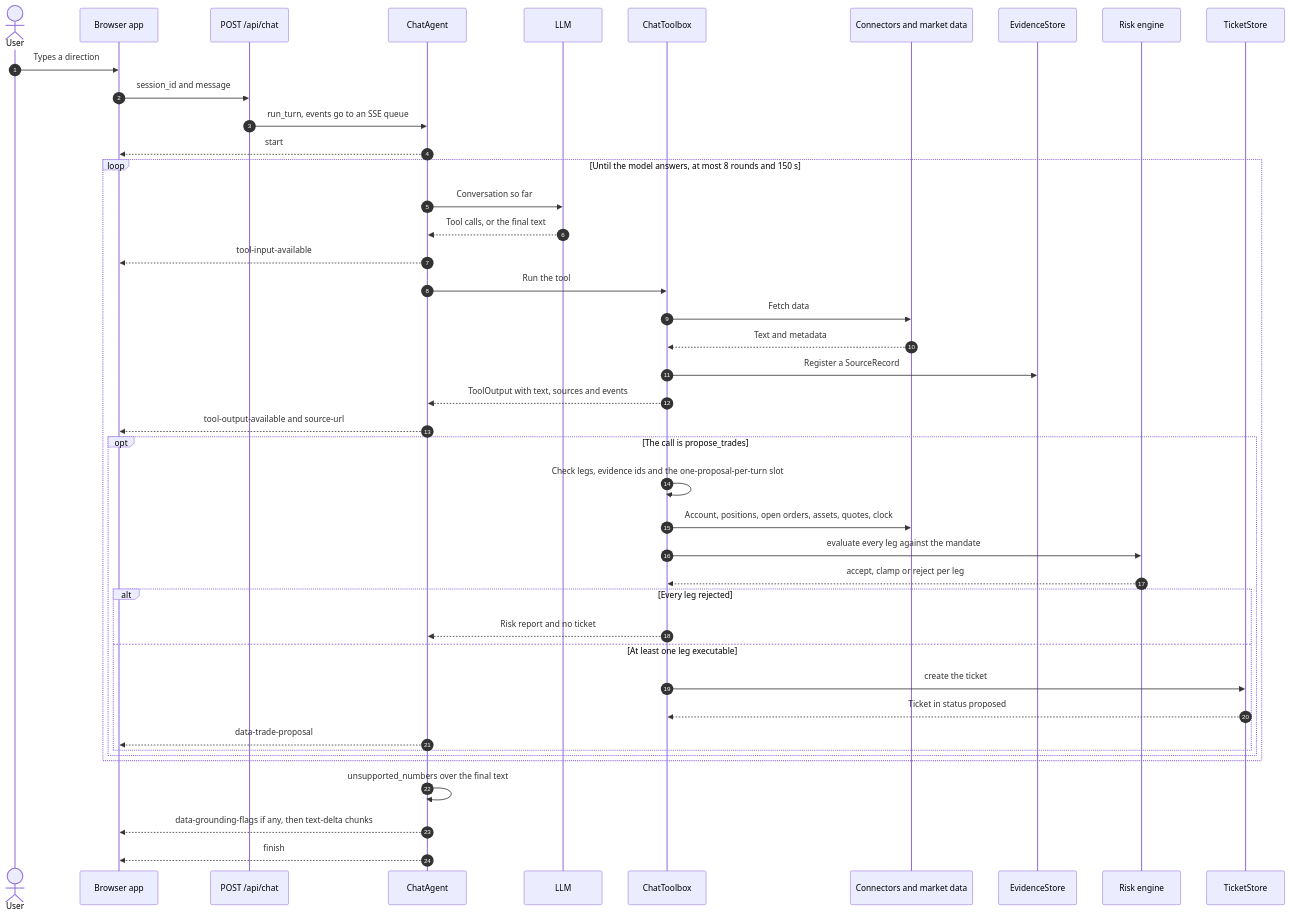
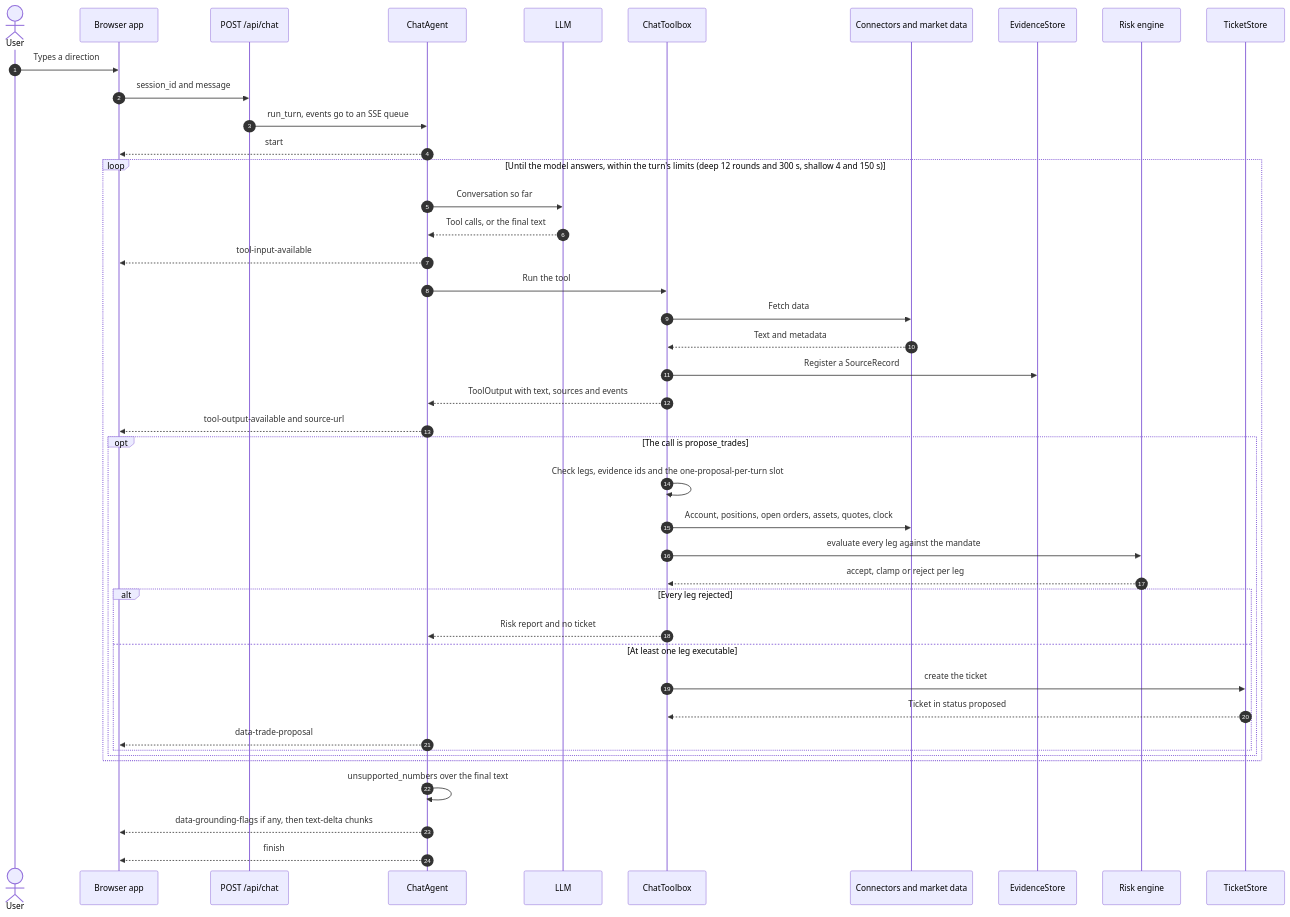
Before and after one commit to heon-1219/tradingDecisionAgent: the second of 8 diagrams in docs/architecture.md, drawn with Mermaid. The commit also changed other lines of this file and 4 other files, not shown here.

````diff
--- a/docs/architecture.md
+++ b/docs/architecture.md
@@ -170,46 +170,46 @@
 ```mermaid
 sequenceDiagram
     autonumber
     actor U as User
     participant UI as Browser app
     participant API as POST /api/chat
     participant A as ChatAgent
     participant L as LLM
     participant T as ChatToolbox
     participant C as Connectors and market data
     participant E as EvidenceStore
     participant R as Risk engine
     participant K as TicketStore
 
     U->>UI: Types a direction
     UI->>API: session_id and message
     API->>A: run_turn, events go to an SSE queue
     A-->>UI: start
-    loop Until the model answers, at most 8 rounds and 150 s
+    loop Until the model answers, within the turn's limits (deep 12 rounds and 300 s, shallow 4 and 150 s)
         A->>L: Conversation so far
         L-->>A: Tool calls, or the final text
         A-->>UI: tool-input-available
         A->>T: Run the tool
         T->>C: Fetch data
         C-->>T: Text and metadata
         T->>E: Register a SourceRecord
         T-->>A: ToolOutput with text, sources and events
         A-->>UI: tool-output-available and source-url
         opt The call is propose_trades
             T->>T: Check legs, evidence ids and the one-proposal-per-turn slot
             T->>C: Account, positions, open orders, assets, quotes, clock
             T->>R: evaluate every leg against the mandate
             R-->>T: accept, clamp or reject per leg
             alt Every leg rejected
                 T-->>A: Risk report and no ticket
             else At least one leg executable
                 T->>K: create the ticket
                 K-->>T: Ticket in status proposed
                 A-->>UI: data-trade-proposal
             end
         end
     end
     A->>A: unsupported_numbers over the final text
     A-->>UI: data-grounding-flags if any, then text-delta chunks
     A-->>UI: finish
 ```
````
